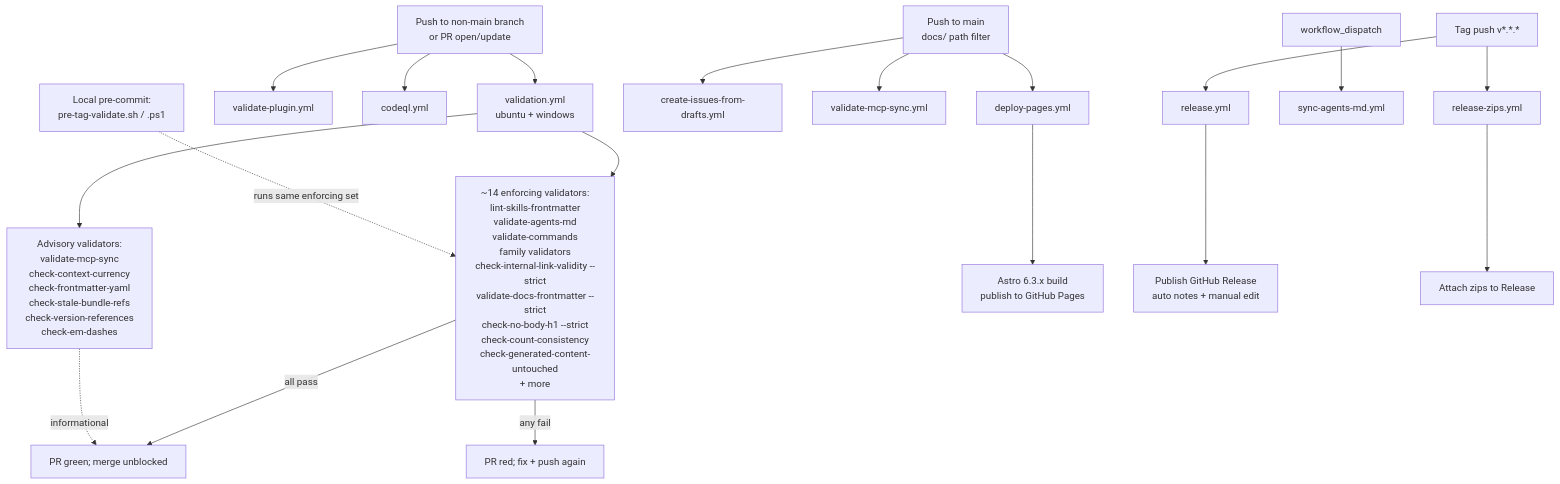
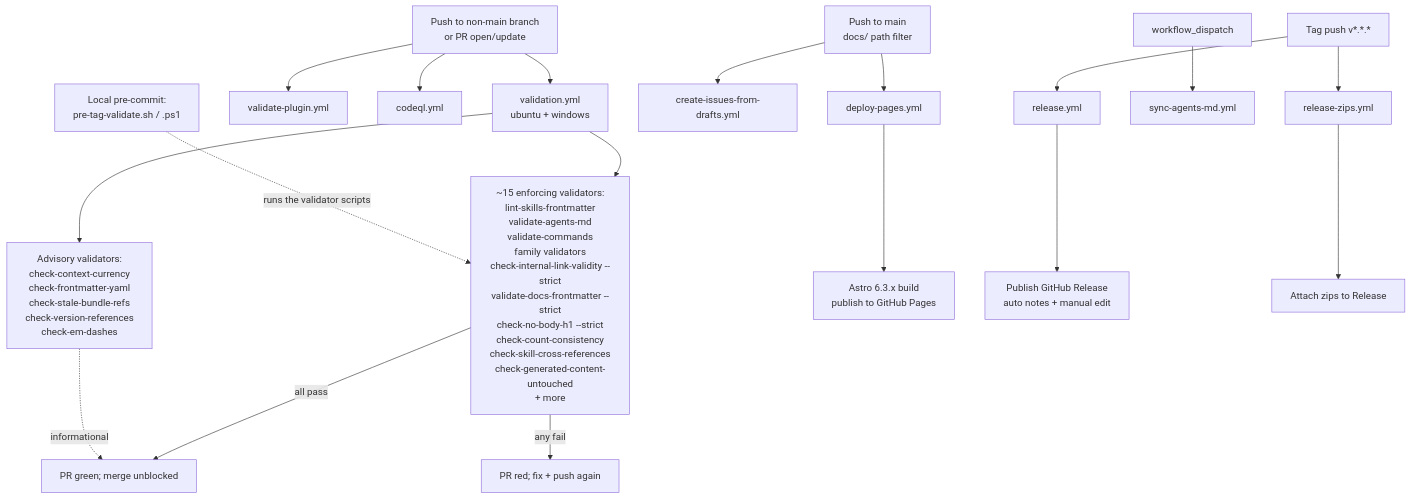
Before and after one commit to product-on-purpose/pm-skills: the diagram in docs/contributing/ci-overview.md, drawn with Mermaid. The commit also changed other lines of this file and 12 other files, not shown here.

First line of the commit message:
fix(v2.19.0): FU-4 remove validate-mcp-sync; FU-6 correct release-gate doc claim

````diff
--- a/docs/contributing/ci-overview.md
+++ b/docs/contributing/ci-overview.md
@@ -23,28 +23,27 @@
 ```mermaid
 flowchart TD
     PushPR[Push to non-main branch<br/>or PR open/update] --> Validation[validation.yml<br/>ubuntu + windows]
     PushPR --> Plugin[validate-plugin.yml]
     PushPR --> CodeQL[codeql.yml]
 
     PushMain[Push to main<br/>docs/ path filter] --> Pages[deploy-pages.yml]
     PushMain --> Drafts[create-issues-from-drafts.yml]
-    PushMain --> McpSync[validate-mcp-sync.yml]
 
     TagPush[Tag push v*.*.*] --> Release[release.yml]
     TagPush --> Zips[release-zips.yml]
 
     Manual[workflow_dispatch] --> SyncAgents[sync-agents-md.yml]
 
-    Validation --> Enforcing[~14 enforcing validators:<br/>lint-skills-frontmatter<br/>validate-agents-md<br/>validate-commands<br/>family validators<br/>check-internal-link-validity --strict<br/>validate-docs-frontmatter --strict<br/>check-no-body-h1 --strict<br/>check-count-consistency<br/>check-generated-content-untouched<br/>+ more]
-    Validation --> Advisory[Advisory validators:<br/>validate-mcp-sync<br/>check-context-currency<br/>check-frontmatter-yaml<br/>check-stale-bundle-refs<br/>check-version-references<br/>check-em-dashes]
+    Validation --> Enforcing[~15 enforcing validators:<br/>lint-skills-frontmatter<br/>validate-agents-md<br/>validate-commands<br/>family validators<br/>check-internal-link-validity --strict<br/>validate-docs-frontmatter --strict<br/>check-no-body-h1 --strict<br/>check-count-consistency<br/>check-skill-cross-references<br/>check-generated-content-untouched<br/>+ more]
+    Validation --> Advisory[Advisory validators:<br/>check-context-currency<br/>check-frontmatter-yaml<br/>check-stale-bundle-refs<br/>check-version-references<br/>check-em-dashes]
 
     Enforcing -->|all pass| Green[PR green; merge unblocked]
     Enforcing -->|any fail| Red[PR red; fix + push again]
     Advisory -.->|informational| Green
 
     Pages --> Site[Astro 6.3.x build<br/>publish to GitHub Pages]
     Release --> GH[Publish GitHub Release<br/>auto notes + manual edit]
     Zips --> Artifacts[Attach zips to Release]
 
-    Local[Local pre-commit:<br/>pre-tag-validate.sh / .ps1] -.->|runs same enforcing set| Enforcing
+    Local[Local pre-commit:<br/>pre-tag-validate.sh / .ps1] -.->|runs the validator scripts| Enforcing
 ```
````
